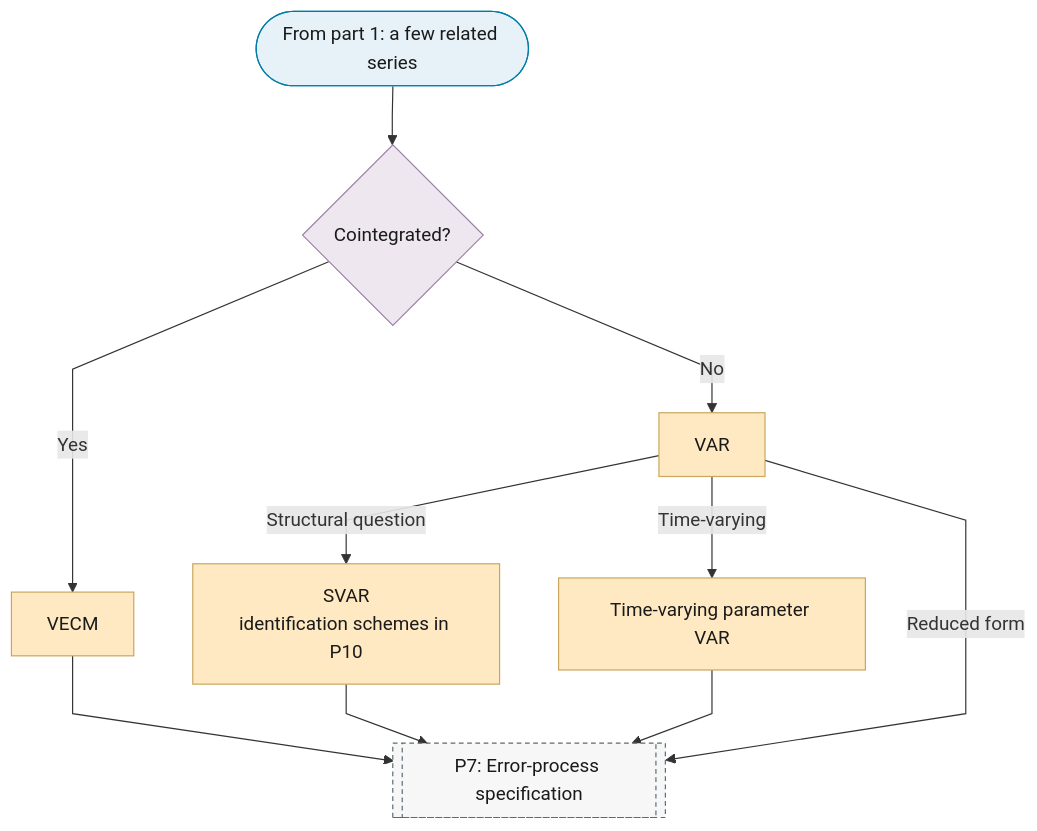
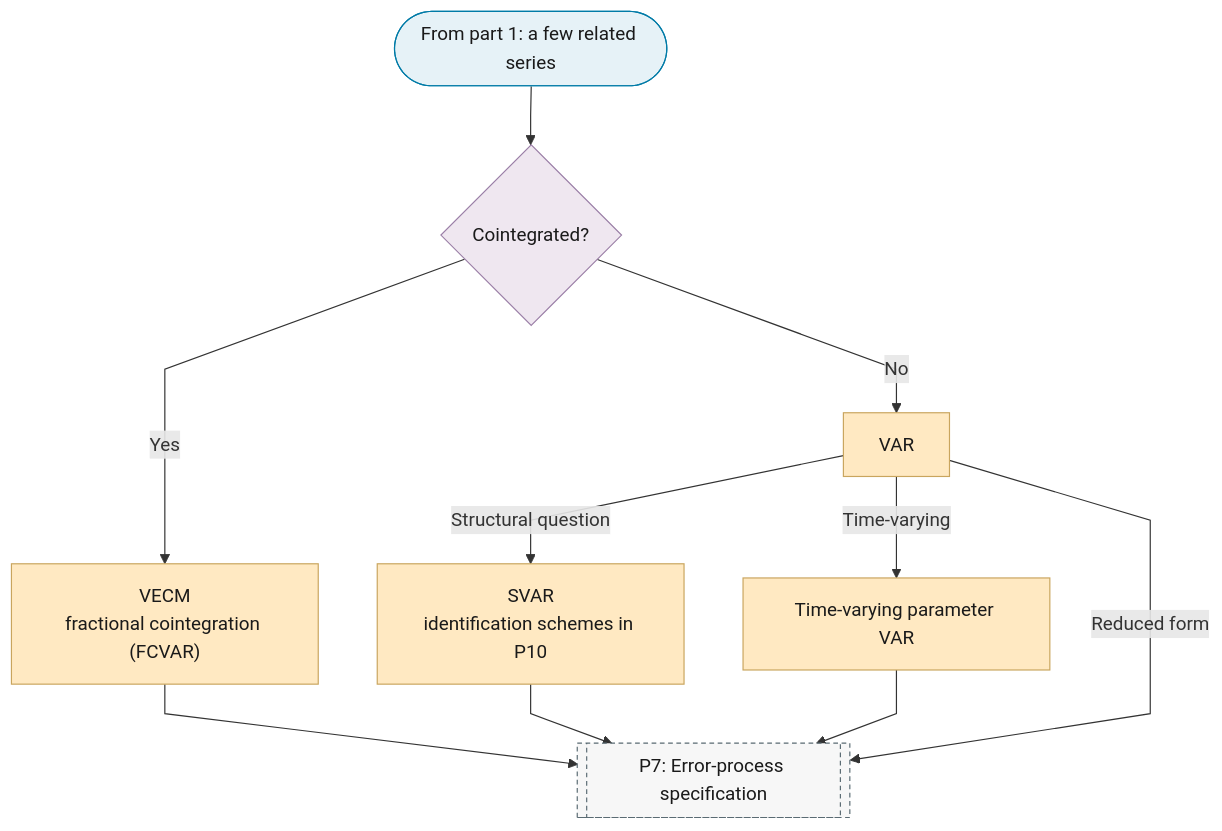
One commit to Shuxin-Y/time-series-analysis-manual changed the second of 10 diagrams in docs/01-workflow/p06-mean-model-class.md. Above: the diagram before and after it, drawn with Mermaid. The commit also changed other lines of this file and 19 other files, not shown here.

````diff
--- a/docs/01-workflow/p06-mean-model-class.md
+++ b/docs/01-workflow/p06-mean-model-class.md
@@ -49,23 +49,23 @@
 ```mermaid
 %%{init: {"flowchart": {"curve": "linear"}}}%%
 graph TD
     P6_PART_2_IN(["From part 1: a few related series"]) --> P6_COINTEGRATED{"Cointegrated?"}
-    P6_COINTEGRATED -->|"Yes"| P6_VECM["VECM"]
+    P6_COINTEGRATED -->|"Yes"| P6_VECM["VECM<br/>fractional cointegration (FCVAR)"]
     P6_COINTEGRATED -->|"No"| P6_VAR["VAR"]
     P6_VAR -->|"Structural question"| P6_SVAR["SVAR<br/>identification schemes in P10"]
     P6_VAR -->|"Time-varying"| P6_TVP_VAR["Time-varying parameter VAR"]
     P6_VAR -->|"Reduced form"| P7
     P6_VECM & P6_SVAR & P6_TVP_VAR --> P7[["P7: Error-process specification"]]
     class P6_VECM,P6_VAR,P6_SVAR,P6_TVP_VAR escalate
     class P6_PART_2_IN terminator
     class P6_COINTEGRATED decision
     class P7 ref
     classDef terminator fill:#E6F2F7,stroke:#007BA7,color:#1A1A1A;
     classDef process fill:#FFFFFF,stroke:#5A6B73,color:#1A1A1A;
     classDef decision fill:#EFE7F0,stroke:#9B7FA7,color:#1A1A1A;
     classDef data fill:#FFF4E0,stroke:#C9A55E,color:#1A1A1A;
     classDef good fill:#DCEFD8,stroke:#4A7A3F,color:#1A1A1A;
     classDef escalate fill:#FFE9C2,stroke:#C9A55E,color:#1A1A1A;
     classDef problem fill:#F2D9DE,stroke:#800020,color:#1A1A1A;
     classDef ref fill:#F7F7F7,stroke:#5A6B73,color:#1A1A1A,stroke-dasharray:4 3;
 ```
````
